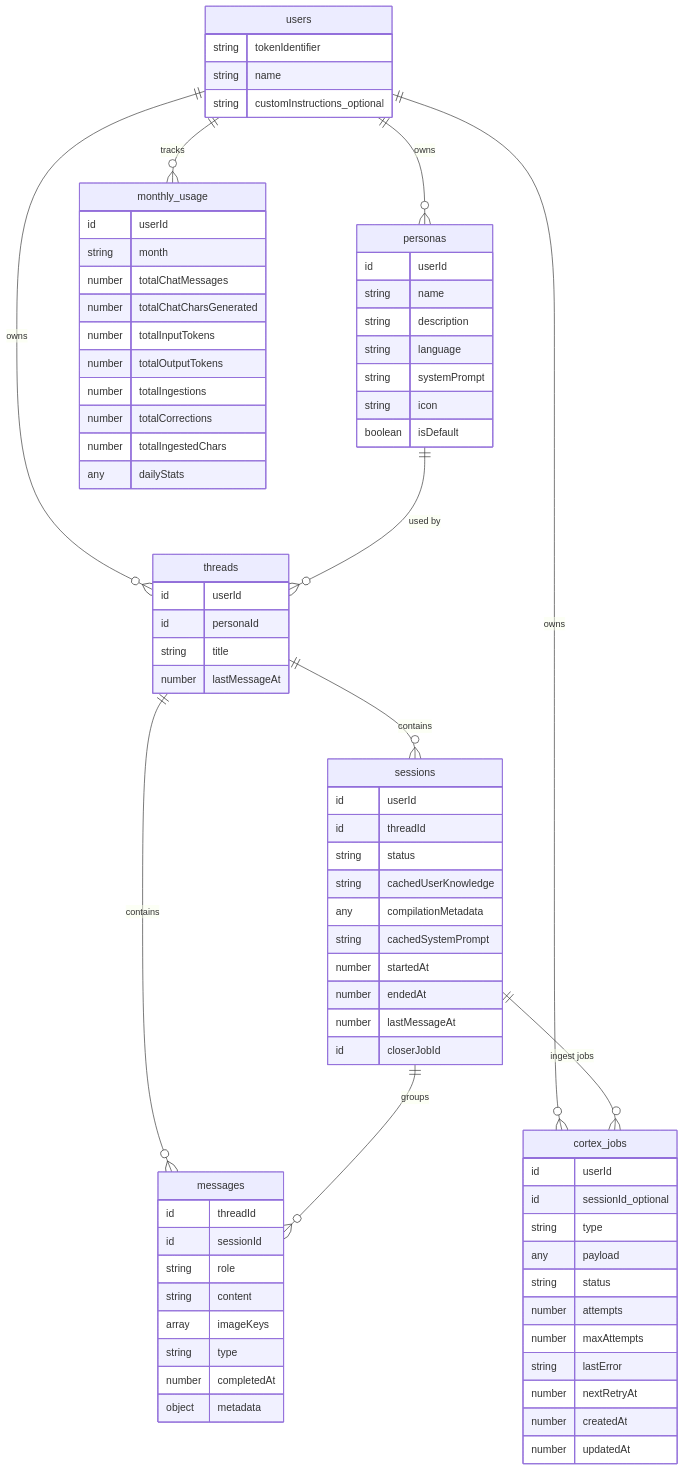
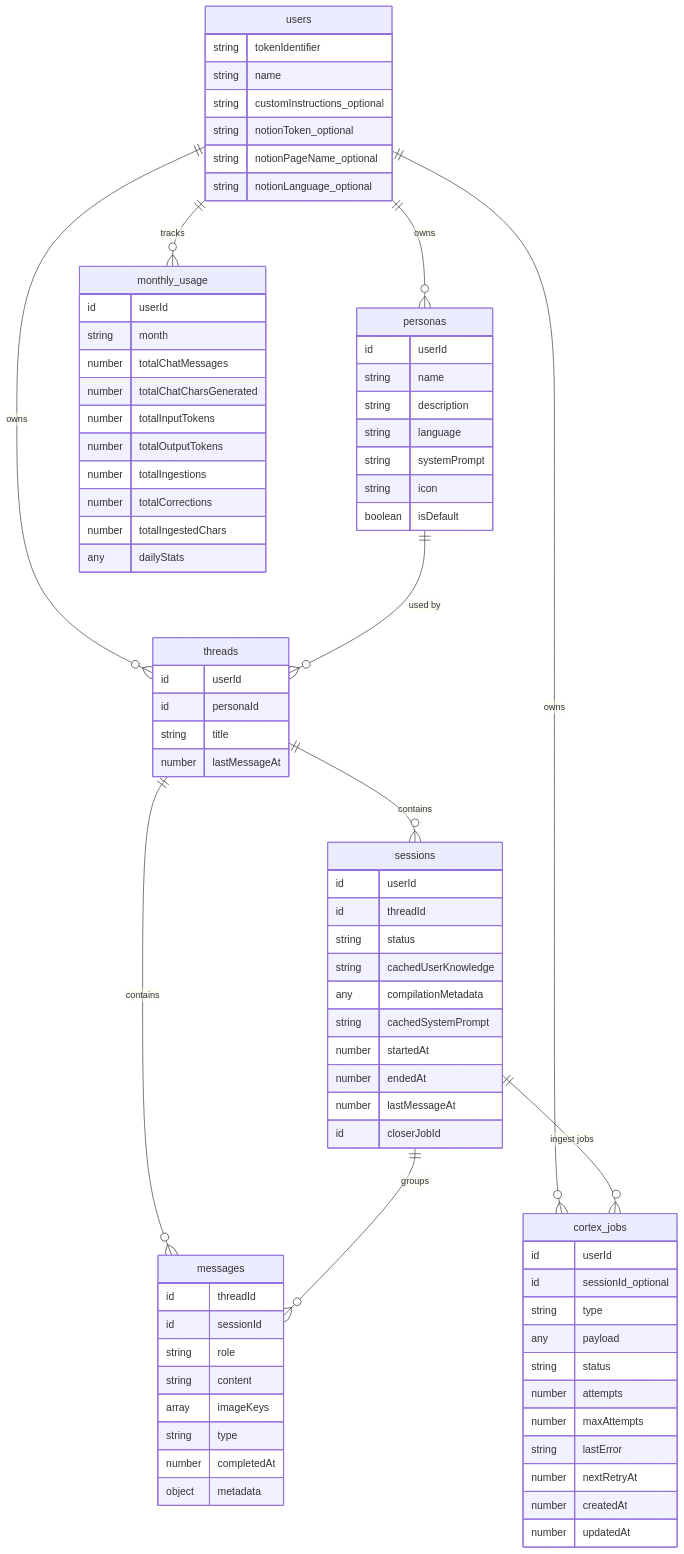
The third of 7 diagrams in README.md (juandastic/synapse-chat-ai), drawn with Mermaid before and after one commit. The commit also changed other lines of this file and 3 other files, not shown here.

Commit message:
Add Notion corrections functionality, including job initiation and status polling. Implement startCorrections and getCorrectionsStatus actions in the convex API. Update NotionExportPage component to manage corrections state and integrate corrections workflow with existing export process.

```diff
--- a/README.md
+++ b/README.md
@@ -184,6 +200,9 @@
         string tokenIdentifier
         string name
         string customInstructions_optional
+        string notionToken_optional
+        string notionPageName_optional
+        string notionLanguage_optional
     }
     personas {
         id userId
```
